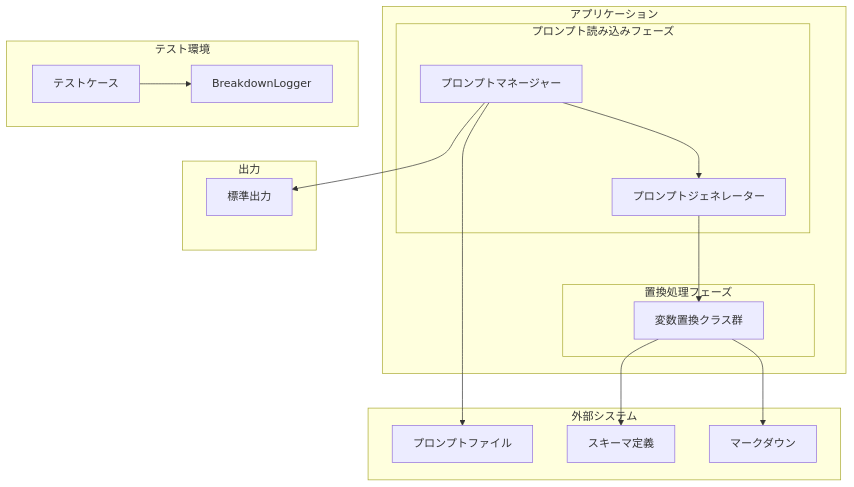
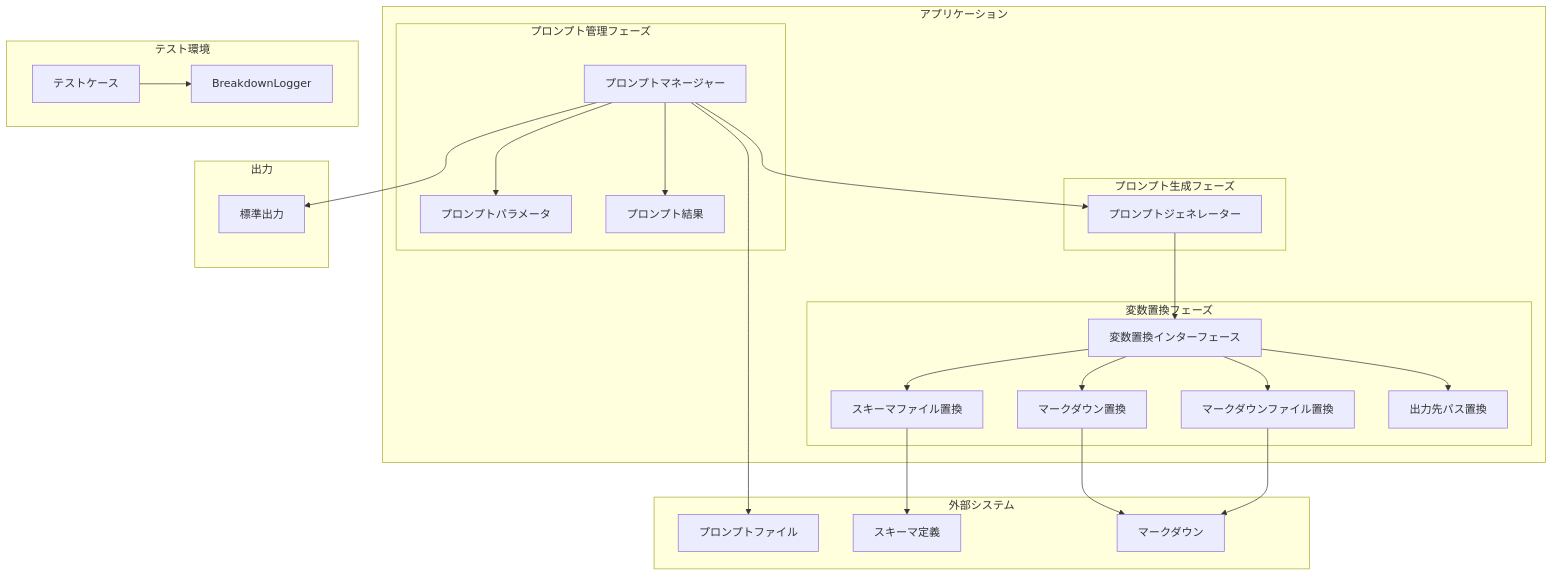
One commit to tettuan/breakdownprompt changed the diagram in docs/uml/component.md. Above: the diagram before and after it, drawn with Mermaid. The commit also changed 13 other files, not shown here.

````diff
--- a/docs/uml/component.md
+++ b/docs/uml/component.md
@@ -1,37 +1,53 @@
 ```mermaid
 graph TB
     subgraph "アプリケーション"
-        subgraph "プロンプト読み込みフェーズ"
+        subgraph "プロンプト管理フェーズ"
             PM[プロンプトマネージャー]
+            PP[プロンプトパラメータ]
+            PR[プロンプト結果]
+        end
+
+        subgraph "プロンプト生成フェーズ"
             PG[プロンプトジェネレーター]
         end
 
-        subgraph "置換処理フェーズ"
-            VR[変数置換クラス群]
+        subgraph "変数置換フェーズ"
+            VR[変数置換インターフェース]
+            SF[スキーマファイル置換]
+            IM[マークダウン置換]
+            IMF[マークダウンファイル置換]
+            DP[出力先パス置換]
         end
     end
 
     subgraph "外部システム"
         PF[プロンプトファイル]
         SC[スキーマ定義]
         MD[マークダウン]
     end
 
     subgraph "出力"
         ST[標準出力]
     end
 
+    PM --> PP
+    PM --> PR
     PM --> PG
     PG --> VR
+    VR --> SF
+    VR --> IM
+    VR --> IMF
+    VR --> DP
     PM --> PF
-    VR --> SC
-    VR --> MD
+    SF --> SC
+    IM --> MD
+    IMF --> MD
     PM --> ST
 
     subgraph "テスト環境"
         BL[BreakdownLogger]
         TST[テストケース]
     end
 
     TST --> BL
 ```
````
